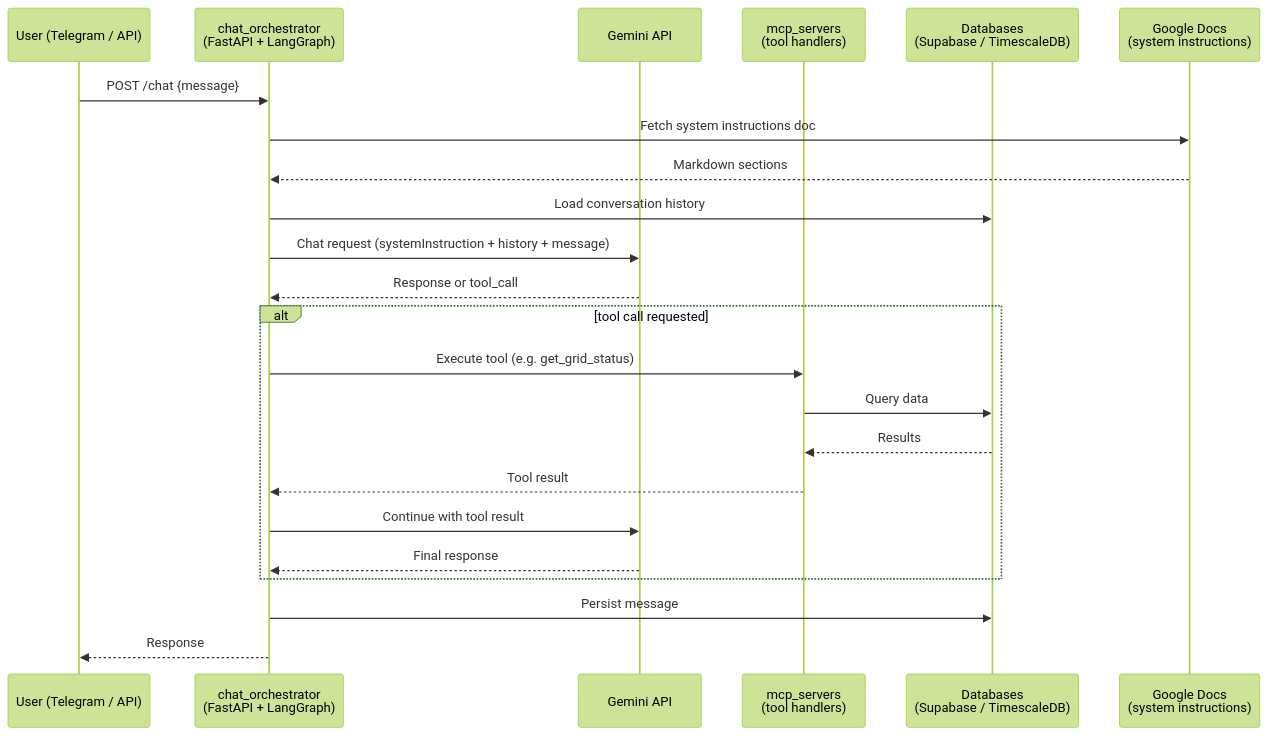
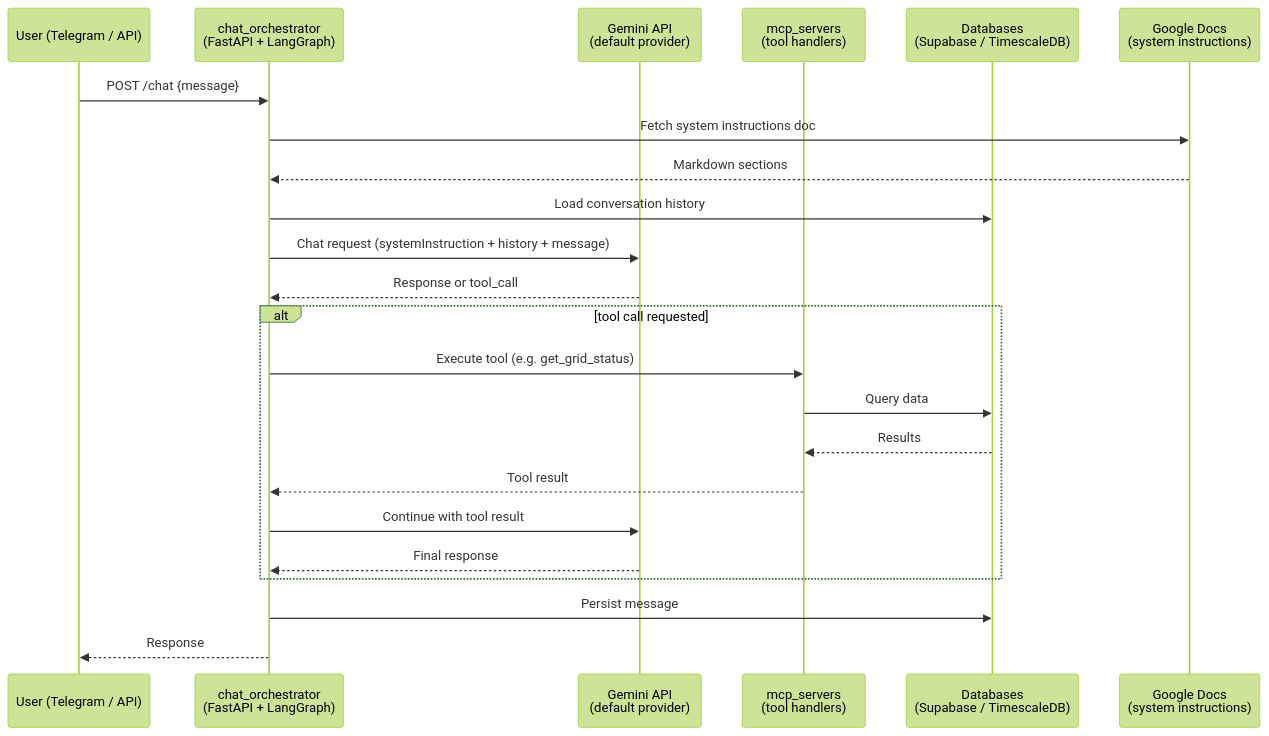
Before and after one commit to nxtgrid/nxt-ai-assistant: the diagram in README.md, drawn with Mermaid (forest theme). The commit also changed other lines of this file and 16 other files, not shown here.

````diff
--- a/README.md
+++ b/README.md
@@ -301,26 +339,26 @@
 ```mermaid
 sequenceDiagram
     participant U as User (Telegram / API)
     participant O as chat_orchestrator<br/>(FastAPI + LangGraph)
-    participant G as Gemini API
+    participant G as Gemini API<br/>(default provider)
     participant M as mcp_servers<br/>(tool handlers)
     participant DB as Databases<br/>(Supabase / TimescaleDB)
     participant GD as Google Docs<br/>(system instructions)
 
     U->>O: POST /chat {message}
     O->>GD: Fetch system instructions doc
     GD-->>O: Markdown sections
     O->>DB: Load conversation history
     O->>G: Chat request (systemInstruction + history + message)
     G-->>O: Response or tool_call
     alt tool call requested
         O->>M: Execute tool (e.g. get_grid_status)
         M->>DB: Query data
         DB-->>M: Results
         M-->>O: Tool result
         O->>G: Continue with tool result
         G-->>O: Final response
     end
     O->>DB: Persist message
     O-->>U: Response
 ```
````
